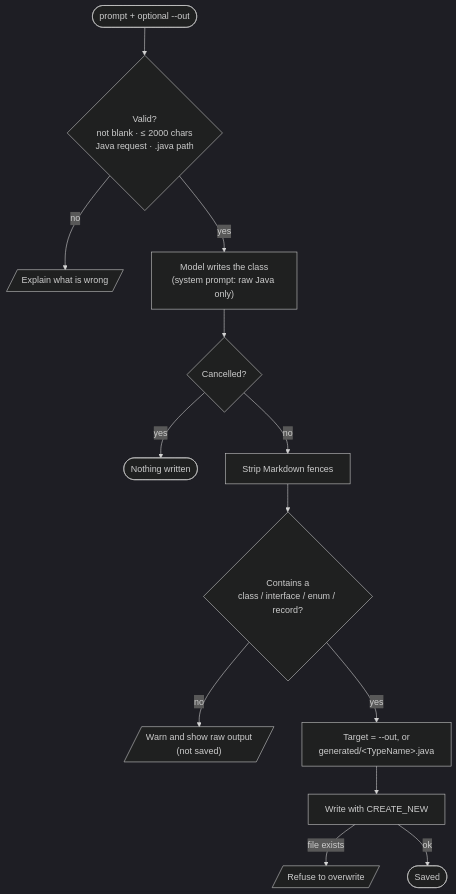
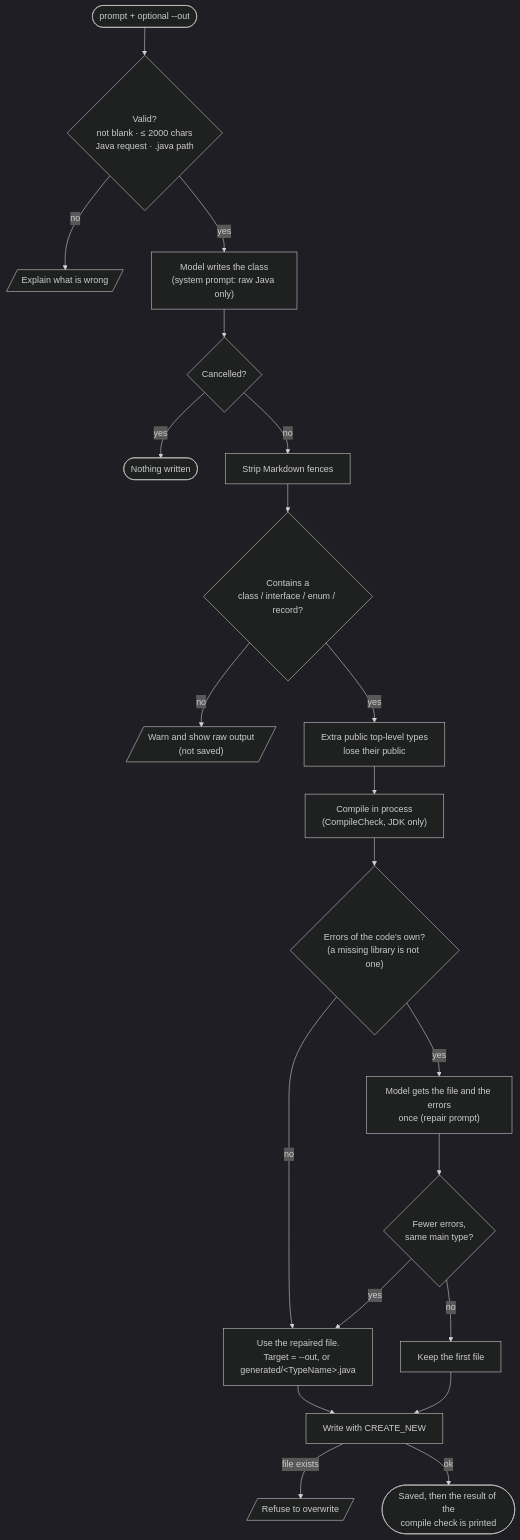
Before and after one commit to burak-can-onarim/blue-ring-octopus-cli: the fifth of 5 diagrams in docs/ARCHITECTURE.md, drawn with Mermaid (dark theme). The commit also changed other lines of this file and 6 other files, not shown here.

Commit message:
docs: compile check and repair, measurements, usage; bump to 0.5.0

````diff
--- a/docs/ARCHITECTURE.md
+++ b/docs/ARCHITECTURE.md
@@ -186,15 +186,23 @@
 ```mermaid
 flowchart TD
     start([prompt + optional --out]) --> validate{"Valid?<br/>not blank · ≤ 2000 chars<br/>Java request · .java path"}
     validate -- no --> err1[/"Explain what is wrong"/]
     validate -- yes --> llm["Model writes the class<br/>(system prompt: raw Java only)"]
     llm --> cancelled{Cancelled?}
     cancelled -- yes --> stop([Nothing written])
     cancelled -- no --> strip["Strip Markdown fences"]
     strip --> detect{"Contains a<br/>class / interface / enum / record?"}
     detect -- no --> err2[/"Warn and show raw output<br/>(not saved)"/]
-    detect -- yes --> target["Target = --out, or<br/>generated/&lt;TypeName&gt;.java"]
+    detect -- yes --> demote["Extra public top-level types<br/>lose their public"]
+    demote --> compile["Compile in process<br/>(CompileCheck, JDK only)"]
+    compile --> own{"Errors of the code's own?<br/>(a missing library is not one)"}
+    own -- no --> target
+    own -- yes --> repair["Model gets the file and the errors<br/>once (repair prompt)"]
+    repair --> better{"Fewer errors,<br/>same main type?"}
+    better -- yes --> target["Use the repaired file.<br/>Target = --out, or generated/&lt;TypeName&gt;.java"]
+    better -- no --> target2["Keep the first file"]
+    target2 --> write
     target --> write["Write with CREATE_NEW"]
     write -- file exists --> err3[/"Refuse to overwrite"/]
-    write -- ok --> done([Saved])
+    write -- ok --> done([Saved, then the result of the<br/>compile check is printed])
 ```
````
